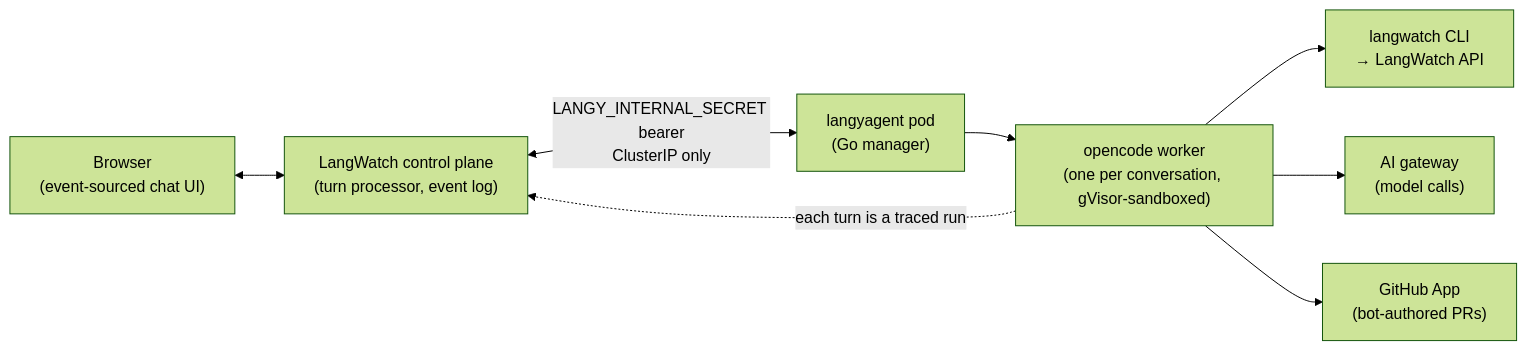
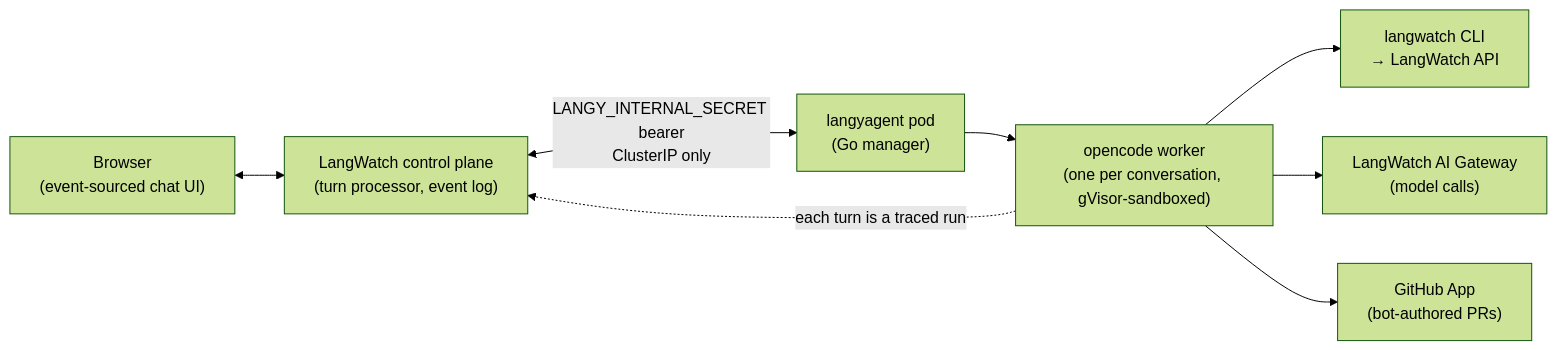
The diagram in docs/langy/how-langy-works.mdx (langwatch/langwatch), drawn with Mermaid (forest theme) before and after one commit. The commit also changed other lines of this file and 22 other files, not shown here.

````diff
--- a/docs/langy/how-langy-works.mdx
+++ b/docs/langy/how-langy-works.mdx
@@ -23,18 +21,18 @@
 ```mermaid
 graph LR
   browser["Browser<br/>(event-sourced chat UI)"]
   control["LangWatch control plane<br/>(turn processor, event log)"]
   manager["langyagent pod<br/>(Go manager)"]
   worker["opencode worker<br/>(one per conversation, gVisor-sandboxed)"]
   cli["langwatch CLI<br/>&rarr; LangWatch API"]
-  gateway["AI gateway<br/>(model calls)"]
+  gateway["LangWatch AI Gateway<br/>(model calls)"]
   github["GitHub App<br/>(bot-authored PRs)"]
 
   browser <--> control
   control <-->|"LANGY_INTERNAL_SECRET bearer<br/>ClusterIP only"| manager
   manager --> worker
   worker --> cli
   worker --> gateway
   worker --> github
   worker -.->|"each turn is a traced run"| control
 ```
````
